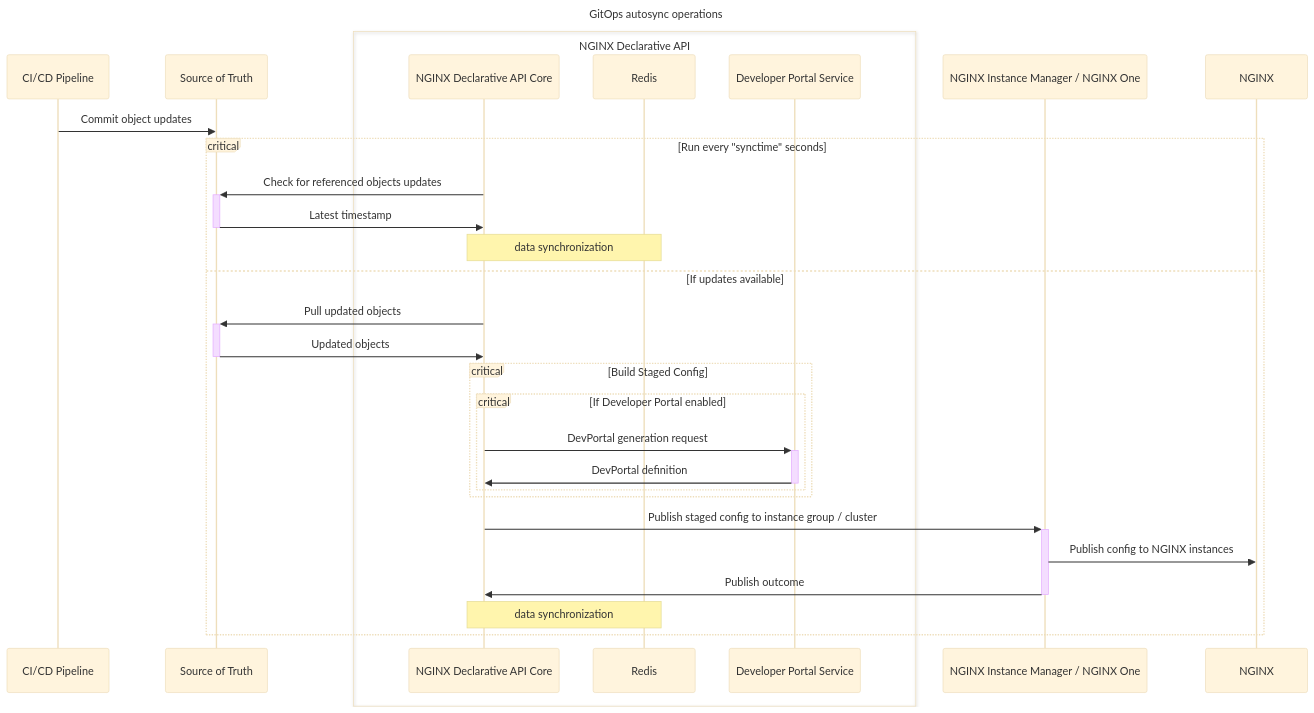
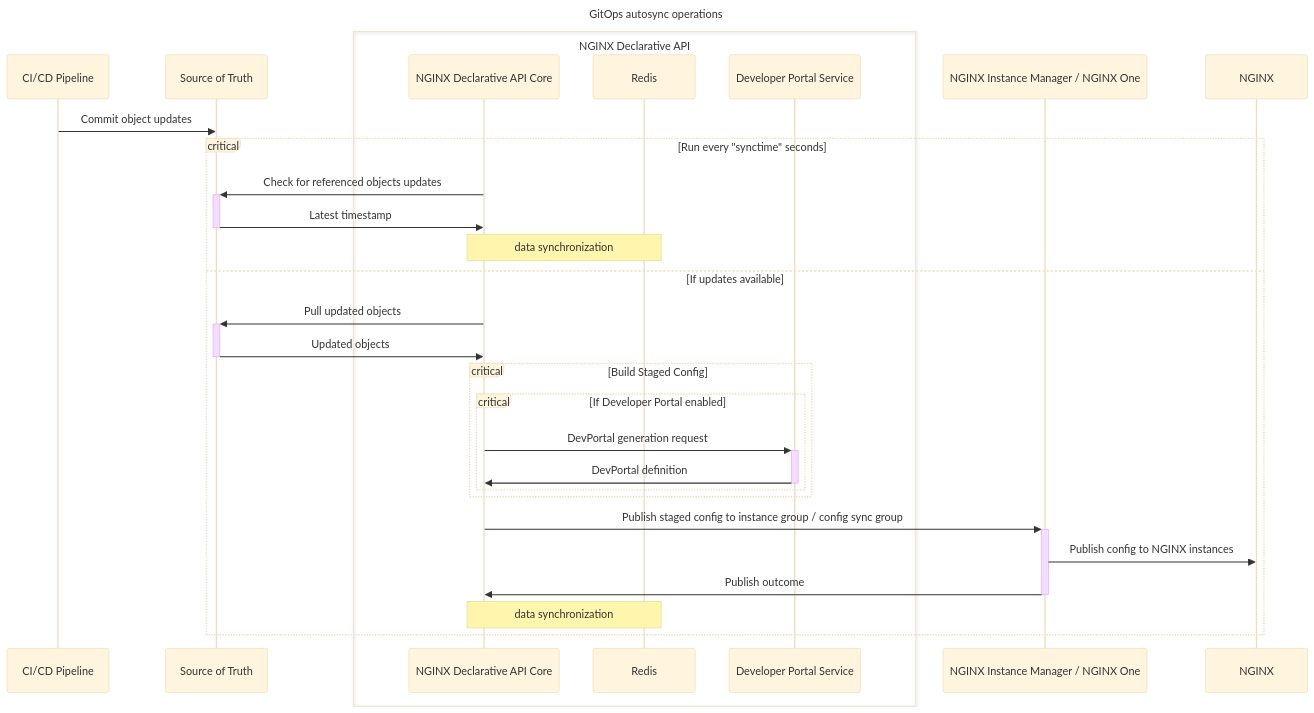
The second of 2 diagrams in README.md (f5devcentral/NGINX-Declarative-API), drawn with Mermaid (base theme) before and after one commit. The commit also changed other lines of this file and 29 other files, not shown here.

````diff
--- a/README.md
+++ b/README.md
@@ -88,47 +79,47 @@
 ```mermaid
 sequenceDiagram
 
 title GitOps autosync operations
 
 participant CI/CD Pipeline
 participant Source of Truth
 participant NGINX Declarative API Core
 participant Redis
 participant Developer Portal Service
 participant NGINX Instance Manager / NGINX One
 participant NGINX
 
 box NGINX Declarative API
     participant NGINX Declarative API Core
     participant Developer Portal Service
     participant Redis
 end
 
 CI/CD Pipeline ->> Source of Truth: Commit object updates
 
 critical Run every "synctime" seconds
 
 NGINX Declarative API Core ->>+ Source of Truth: Check for referenced objects updates
 Source of Truth ->>- NGINX Declarative API Core: Latest timestamp
 
 Note over NGINX Declarative API Core, Redis: data synchronization
 
 option If updates available
 NGINX Declarative API Core ->>+ Source of Truth: Pull updated objects
 Source of Truth ->>- NGINX Declarative API Core : Updated objects
 
 critical Build Staged Config
 critical If Developer Portal enabled
     NGINX Declarative API Core ->>+ Developer Portal Service: DevPortal generation request
     Developer Portal Service ->>- NGINX Declarative API Core: DevPortal definition
 end
 end
 
-NGINX Declarative API Core ->>+ NGINX Instance Manager / NGINX One: Publish staged config to instance group / cluster
+NGINX Declarative API Core ->>+ NGINX Instance Manager / NGINX One: Publish staged config to instance group / config sync group
 NGINX Instance Manager / NGINX One ->> NGINX: Publish config to NGINX instances
 NGINX Instance Manager / NGINX One ->>- NGINX Declarative API Core: Publish outcome
 
 Note over NGINX Declarative API Core, Redis: data synchronization
 
 end
 ```
````
